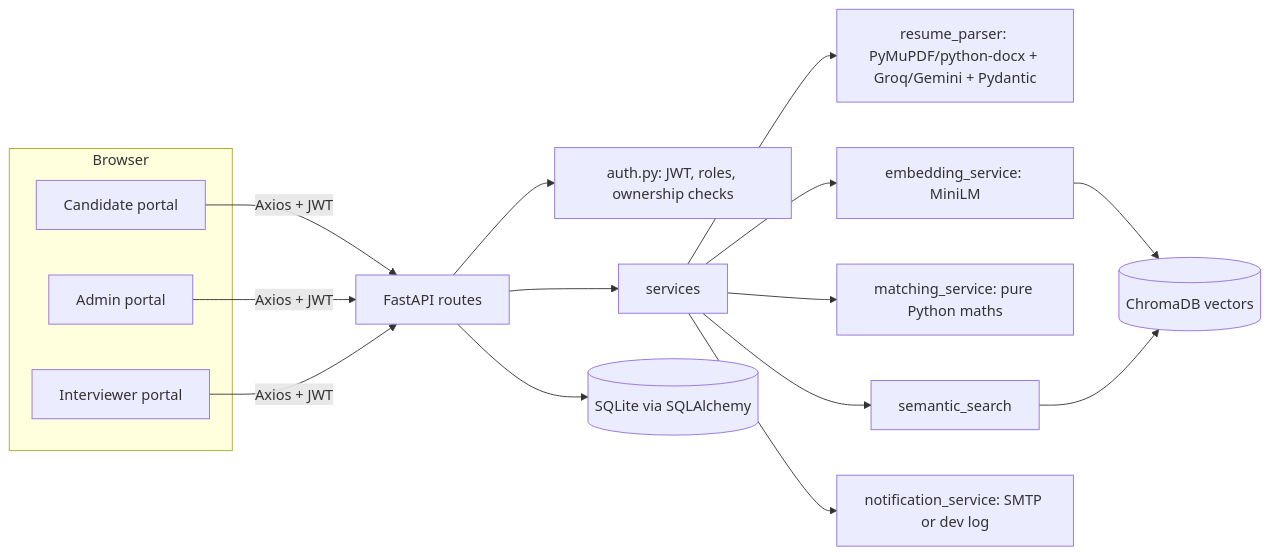
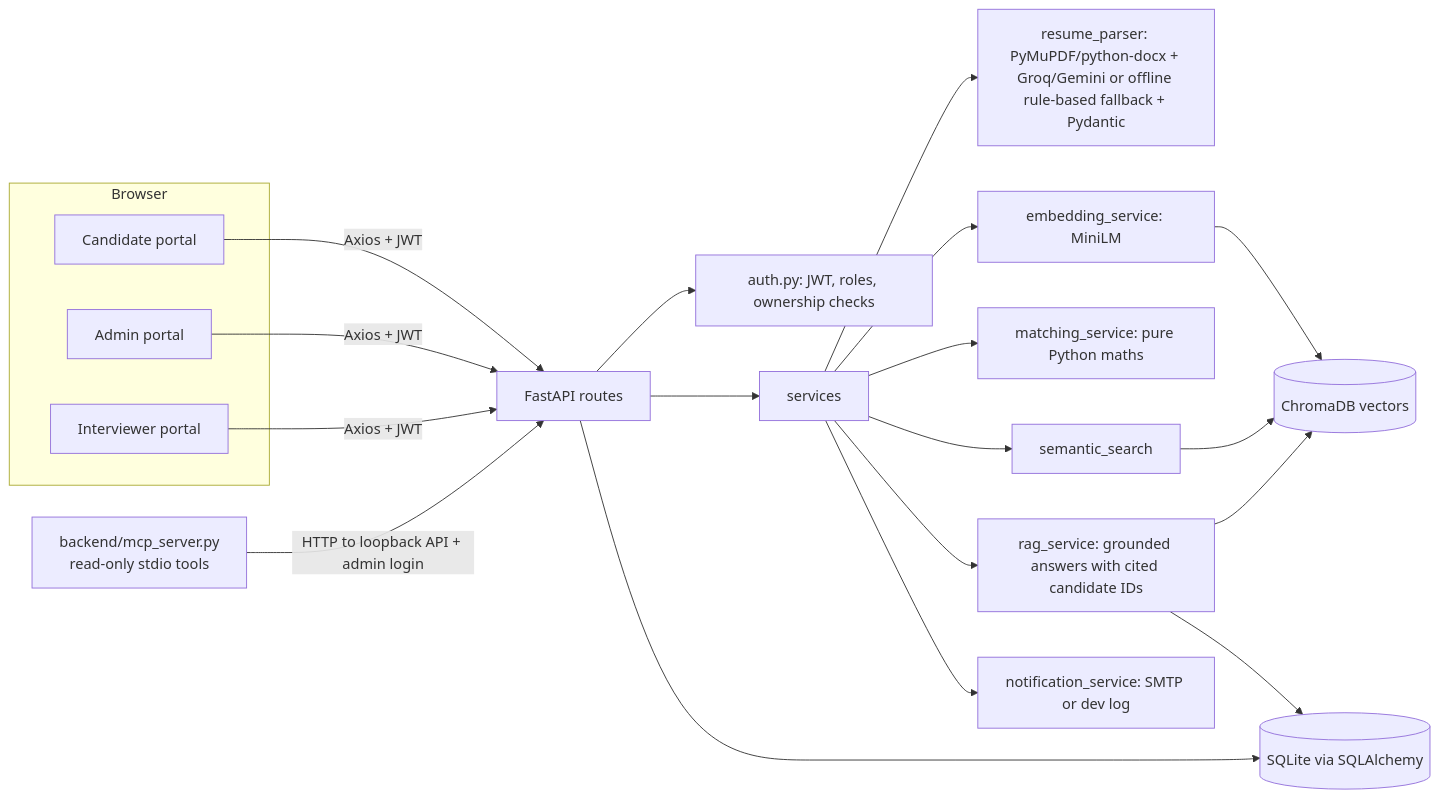
Before and after one commit to Vaishnavi27072004/TalentIQ-AI-Recruitment-Platform: the first of 2 diagrams in README.md, drawn with Mermaid. The commit also changed other lines of this file and 3 other files, not shown here.

````diff
--- a/README.md
+++ b/README.md
@@ -75,19 +75,23 @@
 ```mermaid
 flowchart LR
   subgraph Browser
     C[Candidate portal]
     A[Admin portal]
     I[Interviewer portal]
   end
   C & A & I -->|Axios + JWT| API[FastAPI routes]
+  MCP[backend/mcp_server.py<br/>read-only stdio tools] -->|HTTP to loopback API + admin login| API
   API --> AUTH[auth.py: JWT, roles, ownership checks]
   API --> SVC[services]
-  SVC --> P[resume_parser: PyMuPDF/python-docx + Groq/Gemini + Pydantic]
+  SVC --> P[resume_parser: PyMuPDF/python-docx + Groq/Gemini or offline rule-based fallback + Pydantic]
   SVC --> E[embedding_service: MiniLM]
   SVC --> M[matching_service: pure Python maths]
   SVC --> S[semantic_search]
+  SVC --> R[rag_service: grounded answers with cited candidate IDs]
   SVC --> N[notification_service: SMTP or dev log]
   API --> DB[(SQLite via SQLAlchemy)]
   E --> V[(ChromaDB vectors)]
   S --> V
+  R --> V
+  R --> DB
 ```
````
